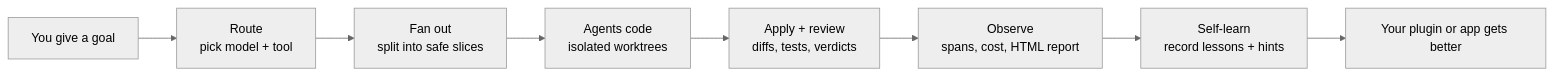
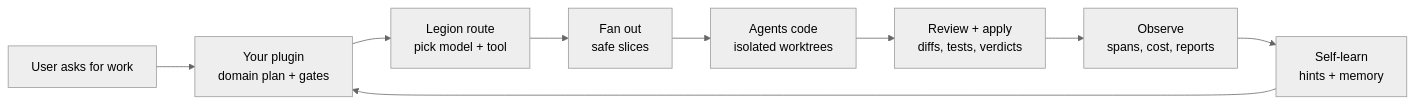
The diagram in README.md (Opus-Aether-AI/legion-core), drawn with Mermaid (neutral theme) before and after one commit. The commit also changed other lines of this file and 21 other files, not shown here.

````diff
--- a/README.md
+++ b/README.md
@@ -27,10 +48,11 @@
 ```mermaid
 flowchart LR
-  A["You give a goal"] --> B["Route<br/>pick model + tool"]
-  B --> C["Fan out<br/>split into safe slices"]
-  C --> D["Agents code<br/>isolated worktrees"]
-  D --> E["Apply + review<br/>diffs, tests, verdicts"]
-  E --> F["Observe<br/>spans, cost, HTML report"]
-  F --> G["Self-learn<br/>record lessons + hints"]
-  G --> H["Your plugin or app gets better"]
+  A["User asks for work"] --> B["Your plugin<br/>domain plan + gates"]
+  B --> C["Legion route<br/>pick model + tool"]
+  C --> D["Fan out<br/>safe slices"]
+  D --> E["Agents code<br/>isolated worktrees"]
+  E --> F["Review + apply<br/>diffs, tests, verdicts"]
+  F --> G["Observe<br/>spans, cost, reports"]
+  G --> H["Self-learn<br/>hints + memory"]
+  H --> B
 ```
````
